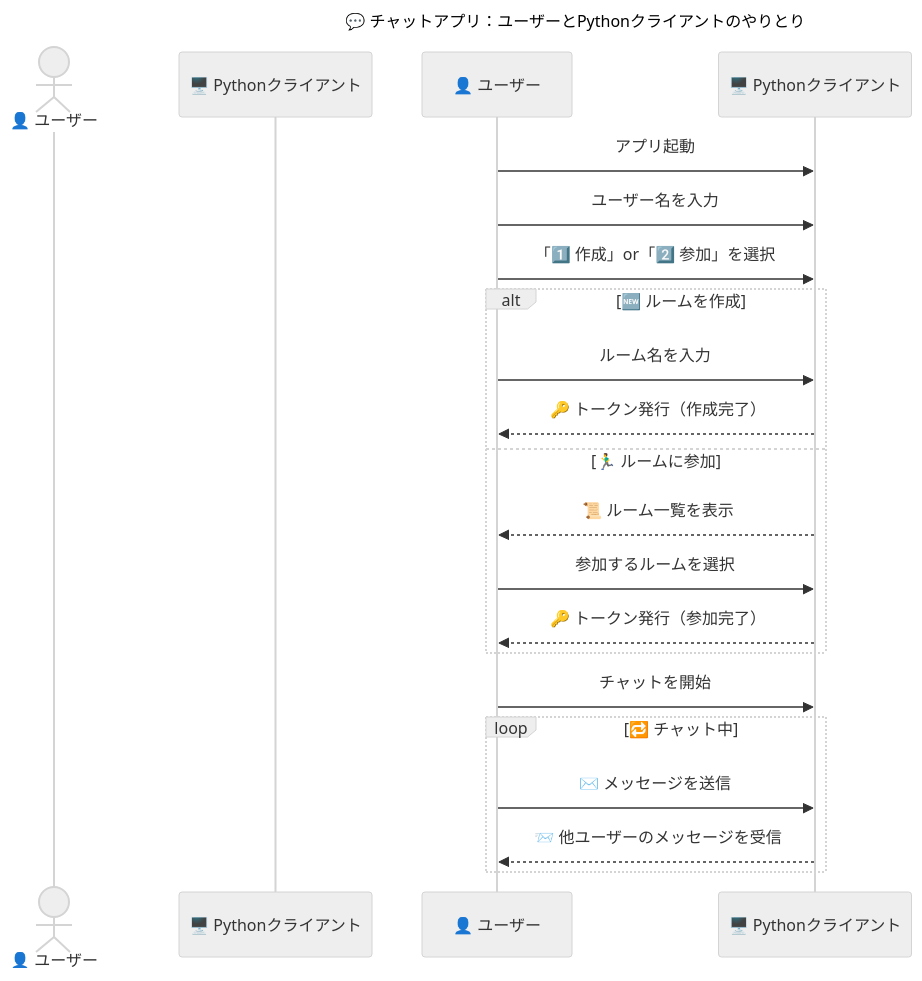
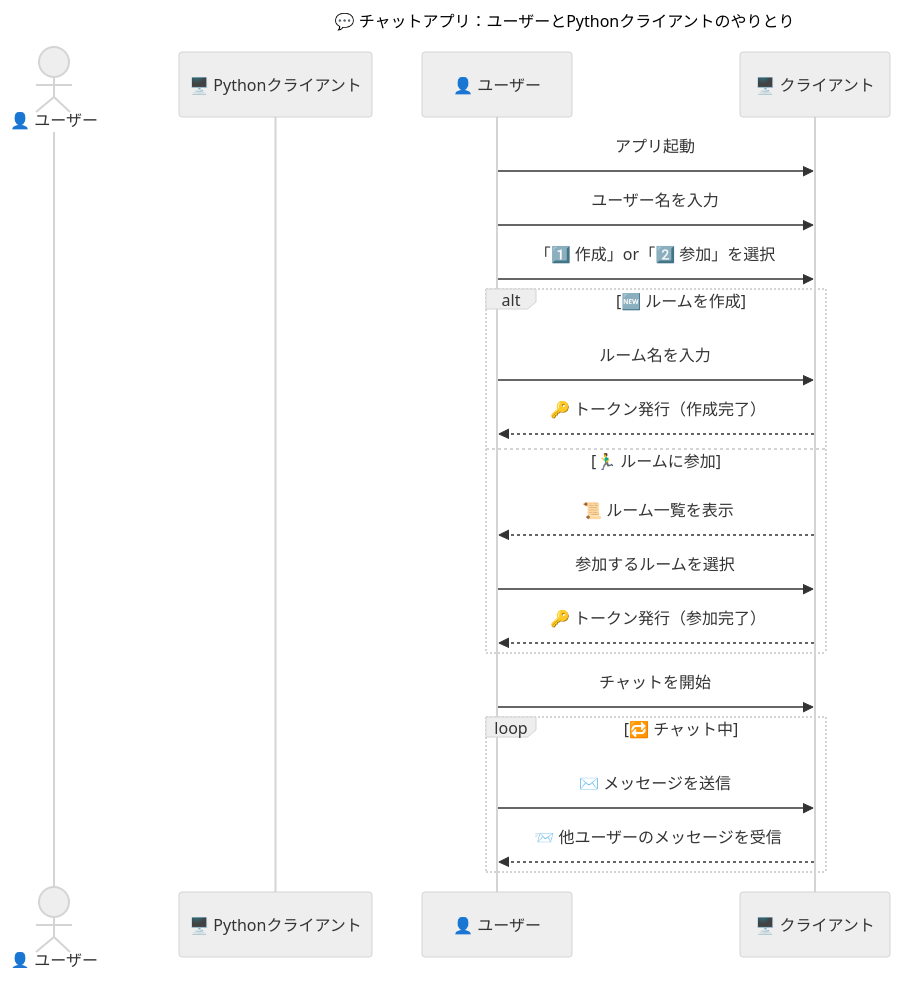
The first of 2 diagrams in README.md (BackendExplorer/Tenshin), drawn with Mermaid (neutral theme) before and after one commit.

````diff
--- a/README.md
+++ b/README.md
@@ -1,31 +1,31 @@
 ```mermaid
 sequenceDiagram
     title 💬 チャットアプリ：ユーザーとPythonクライアントのやりとり
 
     actor ユーザー as 👤 ユーザー
     participant クライアント as 🖥️ Pythonクライアント
 
     %% === 🚀 起動フェーズ ===
-    👤 ユーザー->>🖥️ Pythonクライアント: アプリ起動
-    👤 ユーザー->>🖥️ Pythonクライアント: ユーザー名を入力
-    👤 ユーザー->>🖥️ Pythonクライアント: 「1️⃣ 作成」or「2️⃣ 参加」を選択
+    👤 ユーザー->>🖥️ クライアント: アプリ起動
+    👤 ユーザー->>🖥️ クライアント: ユーザー名を入力
+    👤 ユーザー->>🖥️ クライアント: 「1️⃣ 作成」or「2️⃣ 参加」を選択
 
     %% === 🏠 ルーム選択フェーズ ===
     alt 🆕 ルームを作成
-        👤 ユーザー->>🖥️ Pythonクライアント: ルーム名を入力
-        🖥️ Pythonクライアント-->>👤 ユーザー: 🔑 トークン発行（作成完了）
+        👤 ユーザー->>🖥️ クライアント: ルーム名を入力
+        🖥️ クライアント-->>👤 ユーザー: 🔑 トークン発行（作成完了）
     else 🏃‍♂️ ルームに参加
-        🖥️ Pythonクライアント-->>👤 ユーザー: 📜 ルーム一覧を表示
-        👤 ユーザー->>🖥️ Pythonクライアント: 参加するルームを選択
-        🖥️ Pythonクライアント-->>👤 ユーザー: 🔑 トークン発行（参加完了）
+        🖥️ クライアント-->>👤 ユーザー: 📜 ルーム一覧を表示
+        👤 ユーザー->>🖥️ クライアント: 参加するルームを選択
+        🖥️ クライアント-->>👤 ユーザー: 🔑 トークン発行（参加完了）
     end
 
     %% === 💬 チャットフェーズ ===
-    👤 ユーザー->>🖥️ Pythonクライアント: チャットを開始
+    👤 ユーザー->>🖥️ クライアント: チャットを開始
 
     loop 🔁 チャット中
-        👤 ユーザー->>🖥️ Pythonクライアント: ✉️ メッセージを送信
-        🖥️ Pythonクライアント-->>👤 ユーザー: 📨 他ユーザーのメッセージを受信
+        👤 ユーザー->>🖥️ クライアント: ✉️ メッセージを送信
+        🖥️ クライアント-->>👤 ユーザー: 📨 他ユーザーのメッセージを受信
     end
 
 ```
````
